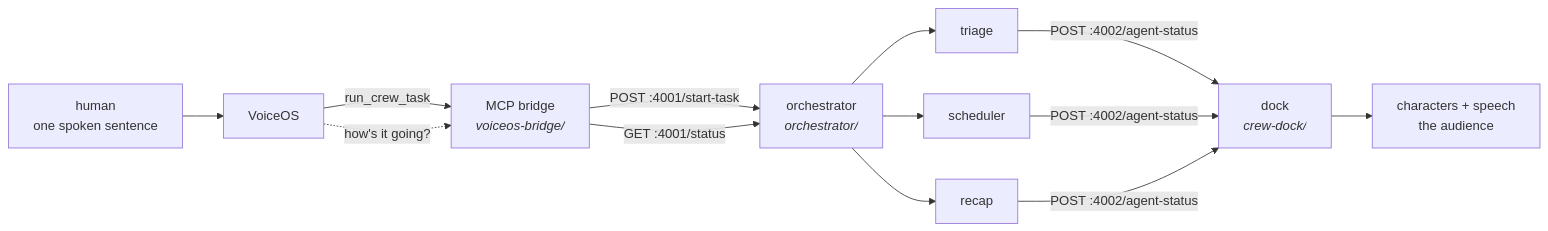
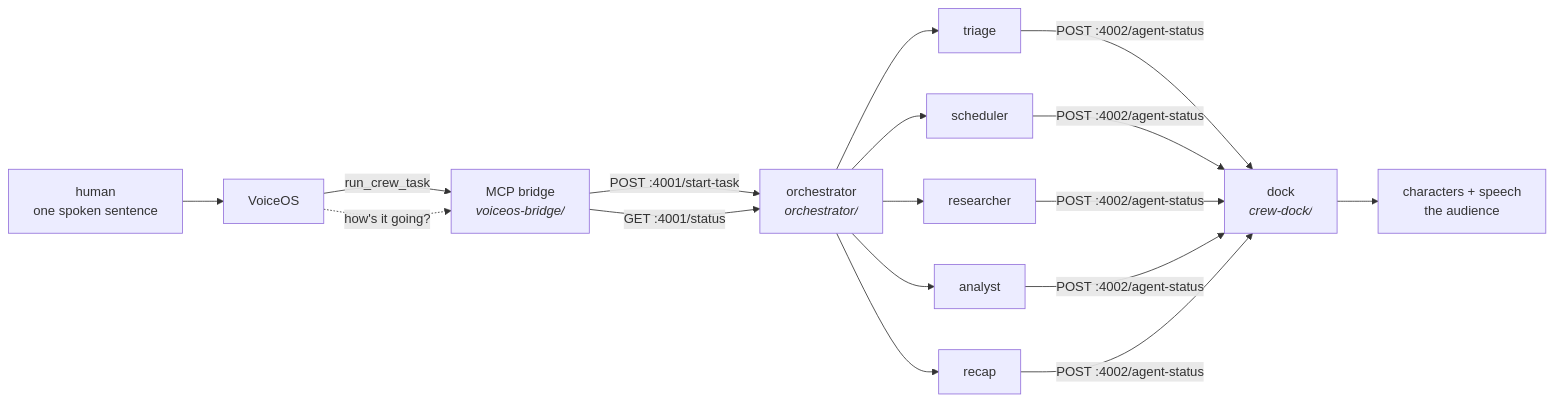
The diagram in README.md (vraj00222/crew), drawn with Mermaid before and after one commit. The commit also changed other lines of this file and 2 other files, not shown here.

First line of the commit message:
The name is Crew, and the README is a front door instead of a build log

````diff
--- a/README.md
+++ b/README.md
@@ -93,13 +84,15 @@
 ```mermaid
 flowchart LR
     H["human<br/>one spoken sentence"] --> V[VoiceOS]
     V -->|"run_crew_task"| B["MCP bridge<br/><i>voiceos-bridge/</i>"]
     B -->|"POST :4001/start-task"| O["orchestrator<br/><i>orchestrator/</i>"]
     O --> A1["triage"]
     O --> A2["scheduler"]
-    O --> A3["recap"]
-    A1 & A2 & A3 -->|"POST :4002/agent-status"| D["dock<br/><i>crew-dock/</i>"]
+    O --> A3["researcher"]
+    O --> A4["analyst"]
+    O --> A5["recap"]
+    A1 & A2 & A3 & A4 & A5 -->|"POST :4002/agent-status"| D["dock<br/><i>crew-dock/</i>"]
     D --> S["characters + speech<br/>the audience"]
     B -->|"GET :4001/status"| O
     V -.->|"how's it going?"| B
 ```
````
